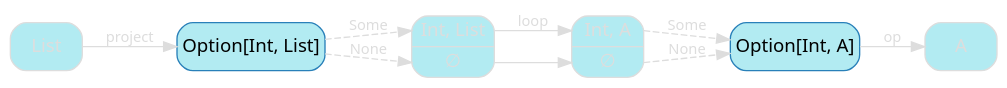
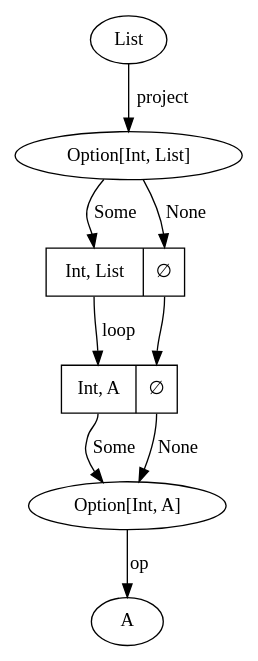
The diagram in src/graphviz/cata-4-hl-2.dot (nrinaudo/recursion-schemes-from-the-ground-up), drawn with Graphviz before and after one commit. The commit also changed 205 other files, not shown here.

Commit message:
Use graphviz stylesheets

```diff
--- a/src/graphviz/cata-4-hl-2.dot
+++ b/src/graphviz/cata-4-hl-2.dot
@@ -1,23 +1,17 @@
 digraph {
-    bgcolor=transparent
-    splines=false
-    rankdir=LR
+    ListStruct[shape=record label="<cons> Int, List| <nil> ∅" class="disabled"]
+    ListStruct2[shape=record label="<cons> Int, A| <nil> ∅" class="disabled"]
+    ListFList[label="Option[Int, List]"]
+    ListFA[label="Option[Int, A]"]
+    List[class="disabled"]
+    A[class="disabled"]
 
-    // Default theme: disabled
-    node[shape="rectangle" style="rounded,filled" color="#dddddd" fillcolor="#b2ebf2" fontcolor="#dddddd" fontname="Segoe UI,Roboto,Helvetica,Arial,sans-serif"]
-    edge [color="#dddddd" fontcolor="#dddddd" fontname="Segoe UI,Roboto,Helvetica,Arial,sans-serif" fontsize=11]
-
-    ListStruct[shape=record label="<cons> Int, List| <nil> ∅" ]
-    ListStruct2[shape=record label="<cons> Int, A| <nil> ∅"]
-    ListFList[label="Option[Int, List]" color="#2980B9" fillcolor="#b2ebf2" fontcolor="#000000"]
-    ListFA[label="Option[Int, A]" color="#2980B9" fillcolor="#b2ebf2" fontcolor="#000000"]
-
-    List             -> ListFList[label=project]
-    ListFList        -> ListStruct:cons [style=dashed label=Some]
-    ListFList        -> ListStruct:nil [style=dashed label=None]
-    ListStruct:cons  -> ListStruct2:cons [label=loop]
-    ListStruct:nil   -> ListStruct2:nil
-    ListStruct2:cons -> ListFA[style=dashed label=Some]
-    ListStruct2:nil  -> ListFA[style=dashed label=None]
-    ListFA           -> A[label=op]
+    List             -> ListFList[label=project class="disabled"]
+    ListFList        -> ListStruct:cons [label=Some class="pattern,disabled"]
+    ListFList        -> ListStruct:nil [label=None class="pattern,disabled"]
+    ListStruct:cons  -> ListStruct2:cons [label=loop class="disabled"]
+    ListStruct:nil   -> ListStruct2:nil[class="disabled"]
+    ListStruct2:cons -> ListFA[label=Some class="pattern,disabled"]
+    ListStruct2:nil  -> ListFA[label=None class="pattern,disabled"]
+    ListFA           -> A[label=op class="disabled"]
 }
```
